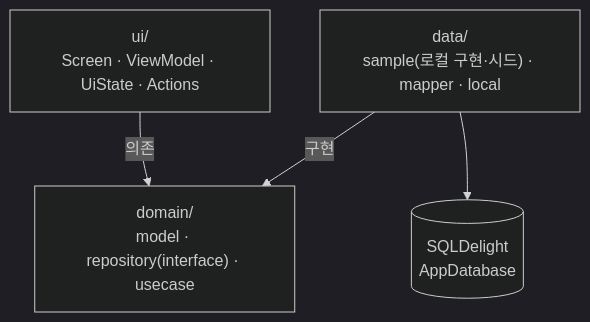
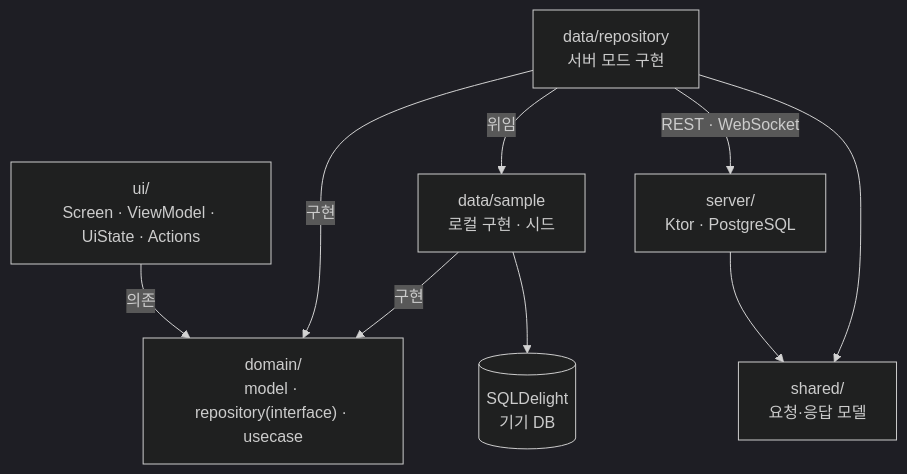
One commit to EunilSung/Talk_Multiplatform changed the diagram in README.md. Above: the diagram before and after it, drawn with Mermaid (dark theme). The commit also changed other lines of this file and 2 other files, not shown here.

````diff
--- a/README.md
+++ b/README.md
@@ -79,11 +82,19 @@
 ```mermaid
 flowchart TD
     UI["ui/<br/>Screen · ViewModel · UiState · Actions"]
     DOMAIN["domain/<br/>model · repository(interface) · usecase"]
-    DATA["data/<br/>sample(로컬 구현·시드) · mapper · local"]
-    DB[("SQLDelight<br/>AppDatabase")]
+    LOCAL["data/sample<br/>로컬 구현 · 시드"]
+    REMOTE["data/repository<br/>서버 모드 구현"]
+    DB[("SQLDelight<br/>기기 DB")]
+    SERVER["server/<br/>Ktor · PostgreSQL"]
+    SHARED["shared/<br/>요청·응답 모델"]
 
     UI -->|의존| DOMAIN
-    DATA -->|구현| DOMAIN
-    DATA --> DB
+    LOCAL -->|구현| DOMAIN
+    REMOTE -->|구현| DOMAIN
+    REMOTE -->|위임| LOCAL
+    LOCAL --> DB
+    REMOTE -->|REST · WebSocket| SERVER
+    REMOTE --> SHARED
+    SERVER --> SHARED
 ```
````
